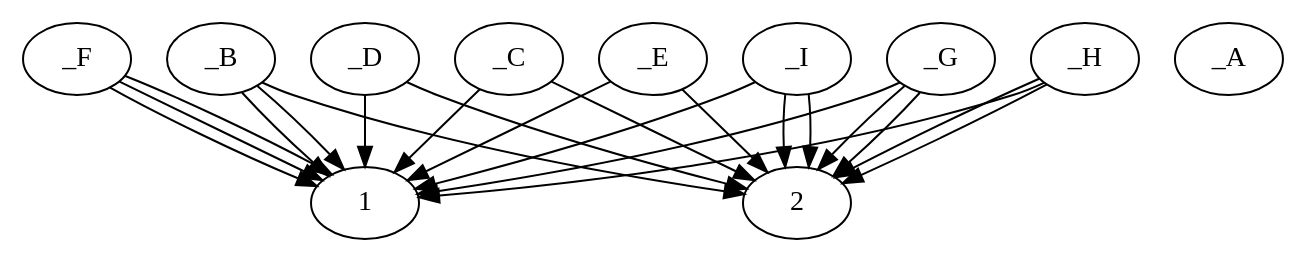
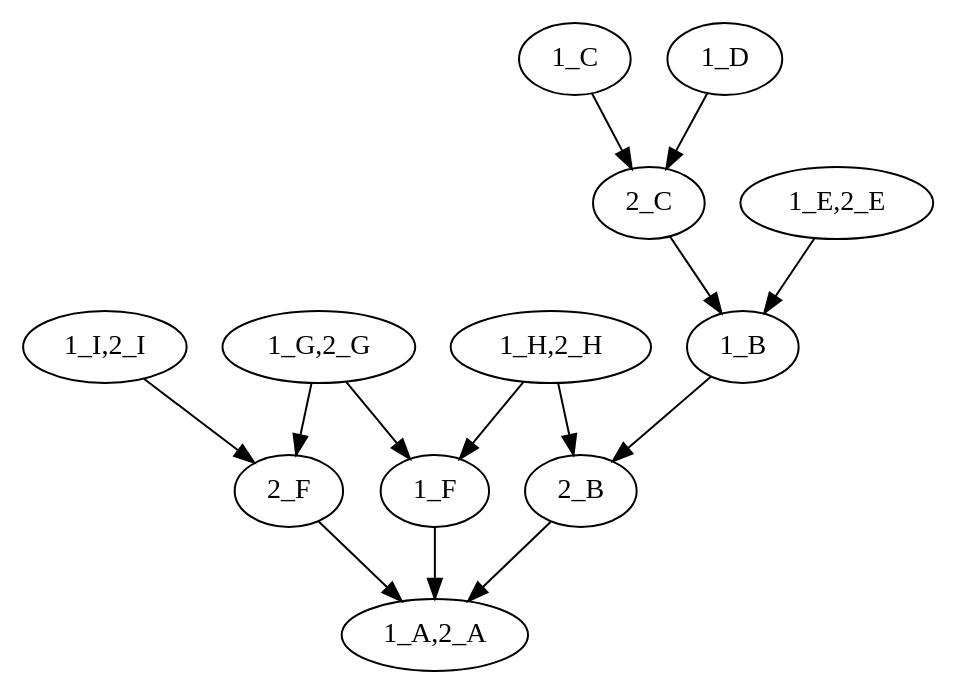
Before and after one commit to EulerProject/EulerX: the diagram in example/output/abstract/abstract.dot, drawn with Graphviz. The commit also changed 2 other files, not shown here.

```diff
--- a/example/output/abstract/abstract.dot
+++ b/example/output/abstract/abstract.dot
@@ -1,26 +1,18 @@
 digraph {
 
 rankdir = TD
 
-1_F -> 1_A,2_A
-1_D -> 1_B
-2_F -> 1_A,2_A
-1_B -> 2_B
-1_C -> 2_C
-1_D -> 2_C
-2_C -> 1_B
-1_I -> 2_F
-2_B -> 1_A,2_A
-1_B -> 1_A,2_A
-1_F -> 1_A,2_A
-1_E,2_E -> 1_B
-1_E,2_E -> 2_B
-1_G,2_G -> 1_F
-1_G,2_G -> 2_F
-1_G,2_G -> 2_F
-1_H,2_H -> 1_F
-1_H,2_H -> 2_B
-1_H,2_H -> 2_B
-1_I,2_I -> 2_F
-1_I,2_I -> 1_A,2_A
+"1_B" -> "2_B"
+"1_C" -> "2_C"
+"1_D" -> "2_C"
+"2_C" -> "1_B"
+"2_B" -> "1_A,2_A"
+"2_F" -> "1_A,2_A"
+"1_F" -> "1_A,2_A"
+"1_E,2_E" -> "1_B"
+"1_G,2_G" -> "1_F"
+"1_G,2_G" -> "2_F"
+"1_H,2_H" -> "1_F"
+"1_H,2_H" -> "2_B"
+"1_I,2_I" -> "2_F"
 }
```
